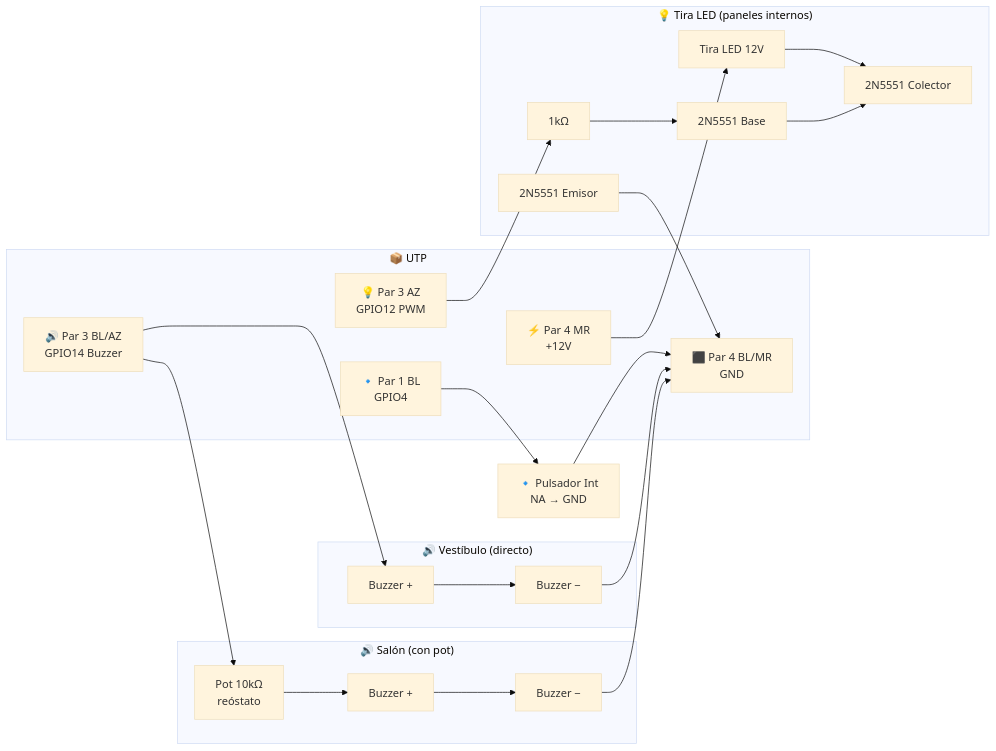
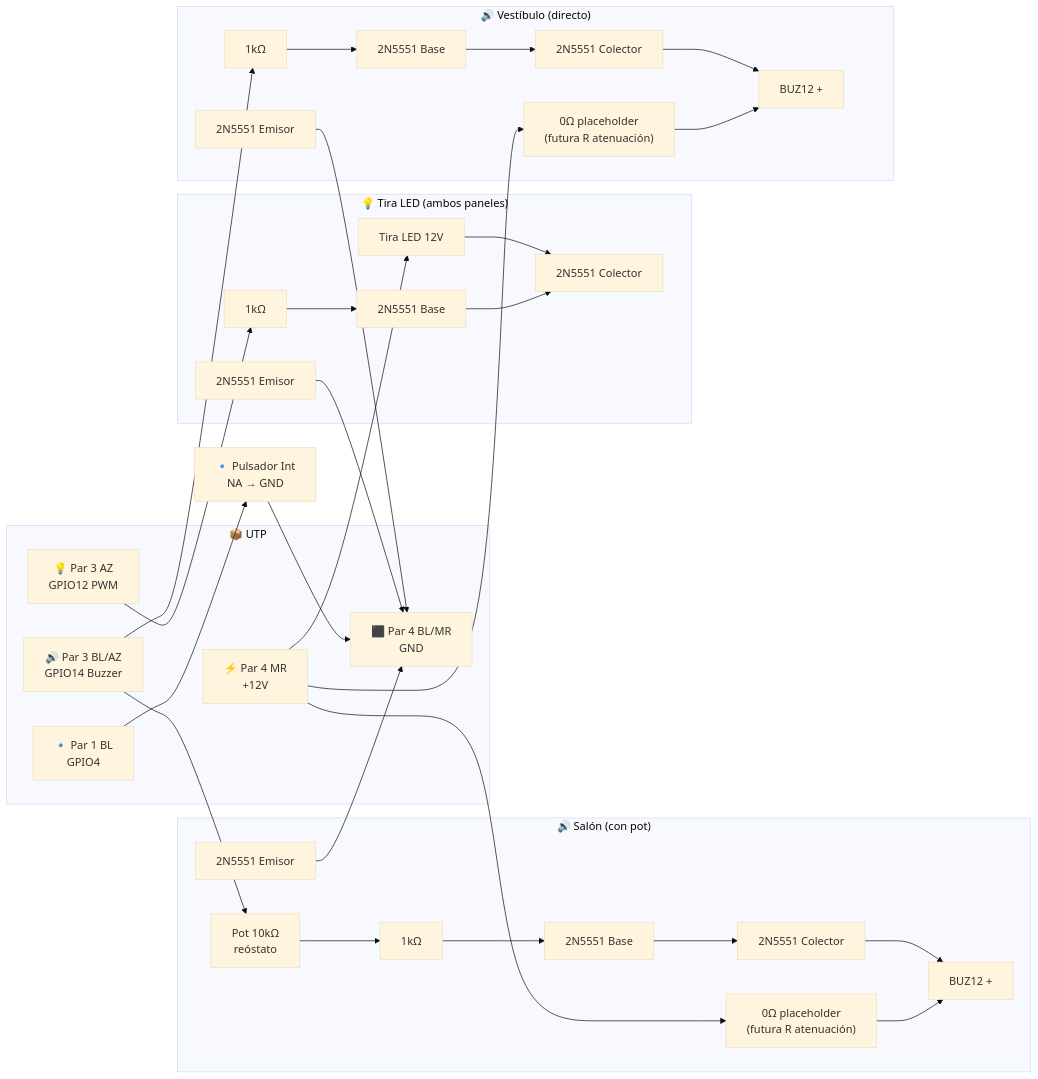
Before and after one commit to abelbour/Abrepuertas: the fourth of 11 diagrams in README.md, drawn with Mermaid (base theme). The commit also changed other lines of this file, not shown here.

Commit message:
BUZ12 + 2N5551 driver: BOM, §4.5, §12.3, §12.4

````diff
--- a/README.md
+++ b/README.md
@@ -443,29 +445,35 @@
 ```mermaid
 flowchart LR
     subgraph UTP["📦 UTP"]
         AZ["💡 Par 3 AZ<br/>GPIO12 PWM"]
         BLAZ["🔊 Par 3 BL/AZ<br/>GPIO14 Buzzer"]
         P4MR["⚡ Par 4 MR<br/>+12V"]
         GND["⬛ Par 4 BL/MR<br/>GND"]
         P1BL["🔹 Par 1 BL<br/>GPIO4"]
     end
 
-    subgraph LedDriver["💡 Tira LED (paneles internos)"]
+    subgraph LedDriver["💡 Tira LED (ambos paneles)"]
         R1[1kΩ] --> B[2N5551 Base]
         AZ --> R1
         B --> C[2N5551 Colector]
         P4MR --> STRIP["Tira LED 12V"] --> C
         E[2N5551 Emisor] --> GND
     end
 
     subgraph BuzzerSalon["🔊 Salón (con pot)"]
-        BLAZ --> POT["Pot 10kΩ<br/>reóstato"] --> BZ_SALON["Buzzer +"] --> BZ_SALON_GND["Buzzer −"] --> GND
+        BLAZ --> POT["Pot 10kΩ<br/>reóstato"] --> RB[1kΩ] --> BB[2N5551 Base]
+        P4MR --> R0A["0Ω placeholder<br/>(futura R atenuación)"] --> BZ12["BUZ12 +"]
+        BB --> CB[2N5551 Colector] --> BZ12
+        EB[2N5551 Emisor] --> GND
     end
 
     subgraph BuzzerVest["🔊 Vestíbulo (directo)"]
-        BLAZ --> BZ_VEST["Buzzer +"] --> BZ_VEST_GND["Buzzer −"] --> GND
+        BLAZ --> RBV[1kΩ] --> BBV[2N5551 Base]
+        P4MR --> R0V["0Ω placeholder<br/>(futura R atenuación)"] --> BZ12V["BUZ12 +"]
+        BBV --> CBV[2N5551 Colector] --> BZ12V
+        EBV[2N5551 Emisor] --> GND
     end
 
     P1BL --> BtnInt["🔹 Pulsador Int<br/>NA → GND"]
     BtnInt --> GND
 ```
````
